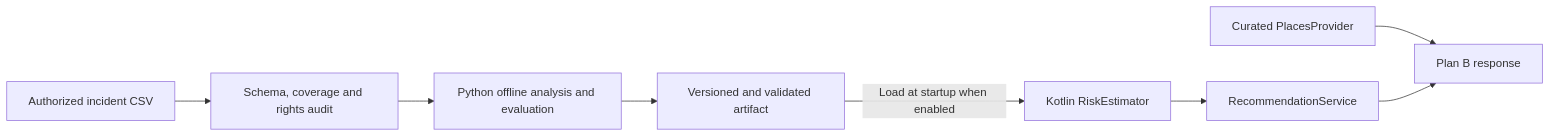
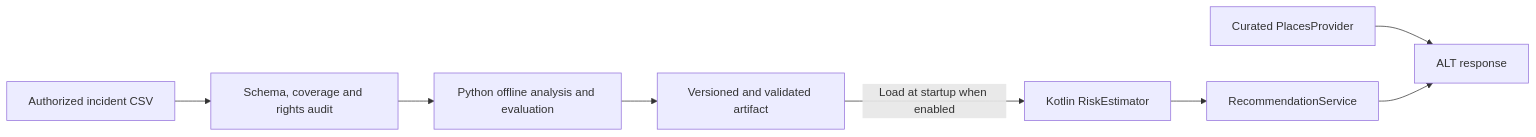
The third of 3 diagrams in docs/ARCHITECTURE.md (Ikram-cat/lauzhauk-winners-2026), drawn with Mermaid before and after one commit. The commit also changed other lines of this file and 126 other files, not shown here.

````diff
--- a/docs/ARCHITECTURE.md
+++ b/docs/ARCHITECTURE.md
@@ -68,10 +68,10 @@
 ```mermaid
 flowchart LR
     CSV["Authorized incident CSV"] --> Audit["Schema, coverage and rights audit"]
     Audit --> Offline["Python offline analysis and evaluation"]
     Offline --> Artifact["Versioned and validated artifact"]
     Artifact -->|Load at startup when enabled| Risk["Kotlin RiskEstimator"]
     Risk --> Rank["RecommendationService"]
-    Places["Curated PlacesProvider"] --> PlanB["Plan B response"]
+    Places["Curated PlacesProvider"] --> PlanB["ALT response"]
     Rank --> PlanB
 ```
````
